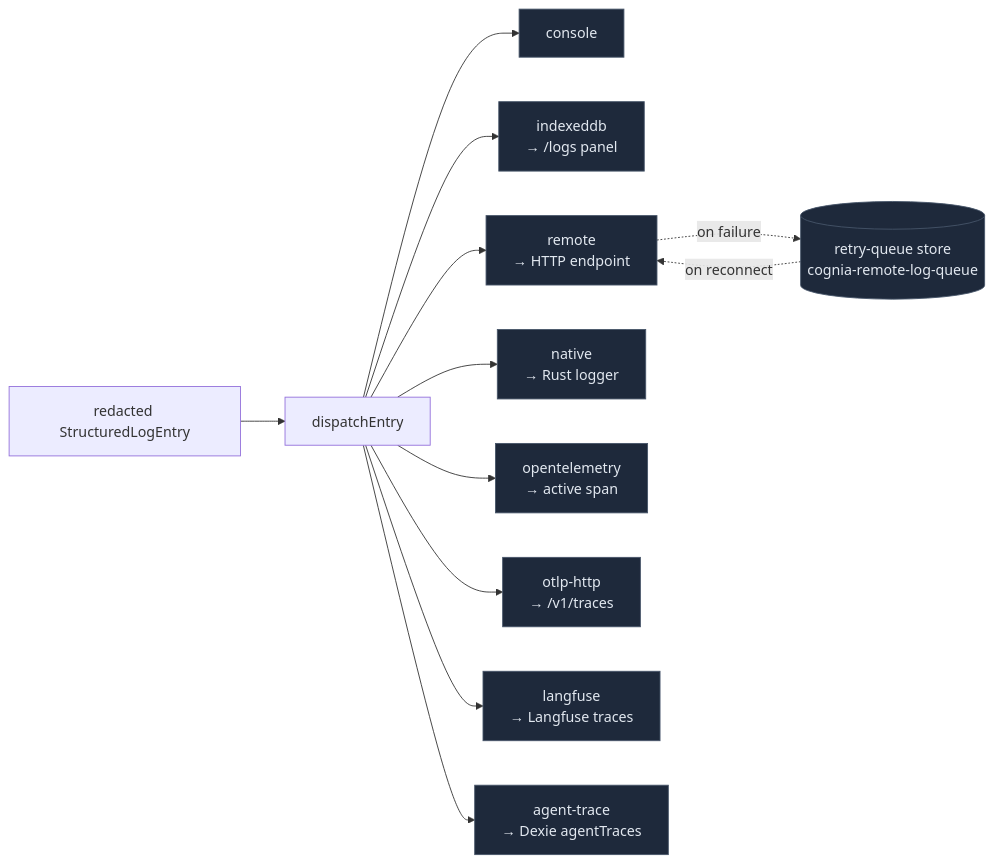
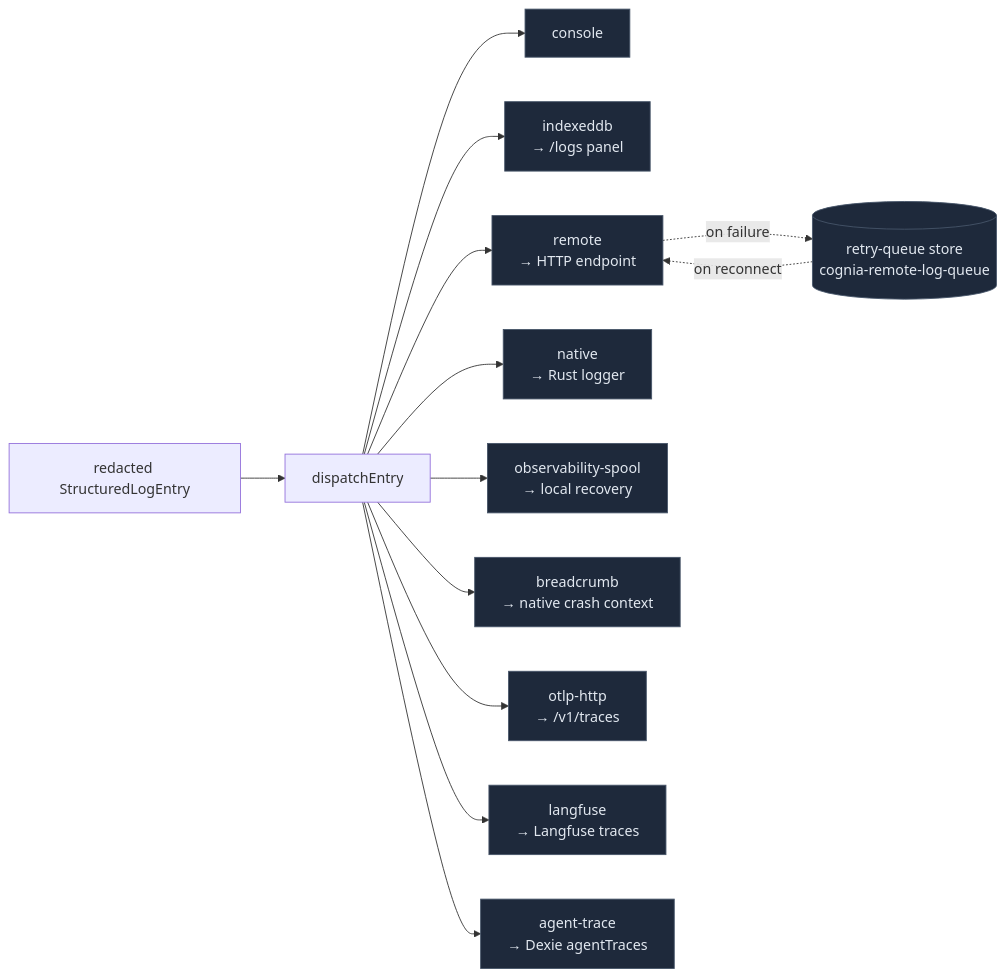
One commit to MaxQian888/cognia-next changed the diagram in docs/content/docs/en/subsystems/observability/transports.mdx. Above: the diagram before and after it, drawn with Mermaid. The commit also changed other lines of this file and 39 other files, not shown here.

````diff
--- a/docs/content/docs/en/subsystems/observability/transports.mdx
+++ b/docs/content/docs/en/subsystems/observability/transports.mdx
@@ -57,17 +58,18 @@
 ```mermaid
 flowchart LR
   E["redacted StructuredLogEntry"] --> D["dispatchEntry"]
   D --> C["console"]
   D --> I["indexeddb<br/>→ /logs panel"]
   D --> R["remote<br/>→ HTTP endpoint"]
   D --> N["native<br/>→ Rust logger"]
-  D --> O["opentelemetry<br/>→ active span"]
+  D --> S["observability-spool<br/>→ local recovery"]
+  D --> B["breadcrumb<br/>→ native crash context"]
   D --> H["otlp-http<br/>→ /v1/traces"]
   D --> L["langfuse<br/>→ Langfuse traces"]
   D --> A["agent-trace<br/>→ Dexie agentTraces"]
   R -. "on failure" .-> Q[("retry-queue store<br/>cognia-remote-log-queue")]
   Q -. "on reconnect" .-> R
 
   classDef box fill:#1e293b,stroke:#475569,color:#e2e8f0
-  class C,I,R,N,O,H,L,A,Q box
+  class C,I,R,N,S,B,H,L,A,Q box
 ```
````
